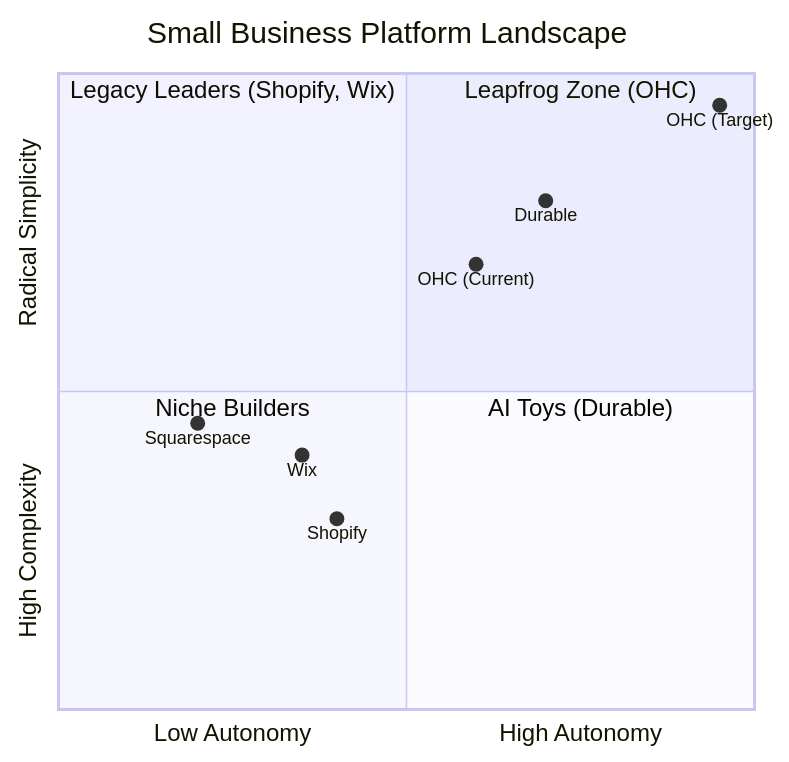
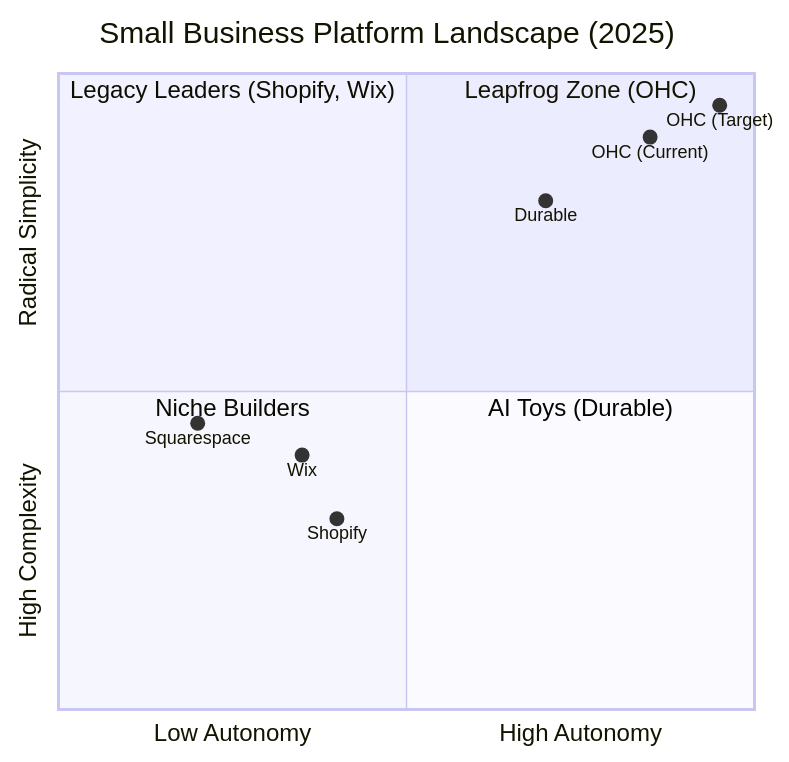
One commit to omnisolo-llc/onehumancorp changed the diagram in docs/research/market_feature_gap_matrix.md. Above: the diagram before and after it, drawn with Mermaid. The commit also changed other lines of this file and 5 other files, not shown here.

````diff
--- a/docs/research/market_feature_gap_matrix.md
+++ b/docs/research/market_feature_gap_matrix.md
@@ -14,16 +16,16 @@
 ```mermaid
 quadrantChart
-    title Small Business Platform Landscape
+    title Small Business Platform Landscape (2025)
     x-axis Low Autonomy --> High Autonomy
     y-axis High Complexity --> Radical Simplicity
     quadrant-1 "Leapfrog Zone (OHC)"
     quadrant-2 "Legacy Leaders (Shopify, Wix)"
     quadrant-3 "Niche Builders"
     quadrant-4 "AI Toys (Durable)"
     "Shopify": [0.4, 0.3]
     "Wix": [0.35, 0.4]
     "Squarespace": [0.2, 0.45]
     "Durable": [0.7, 0.8]
-    "OHC (Current)": [0.6, 0.7]
+    "OHC (Current)": [0.85, 0.9]
     "OHC (Target)": [0.95, 0.95]
 ```
````
